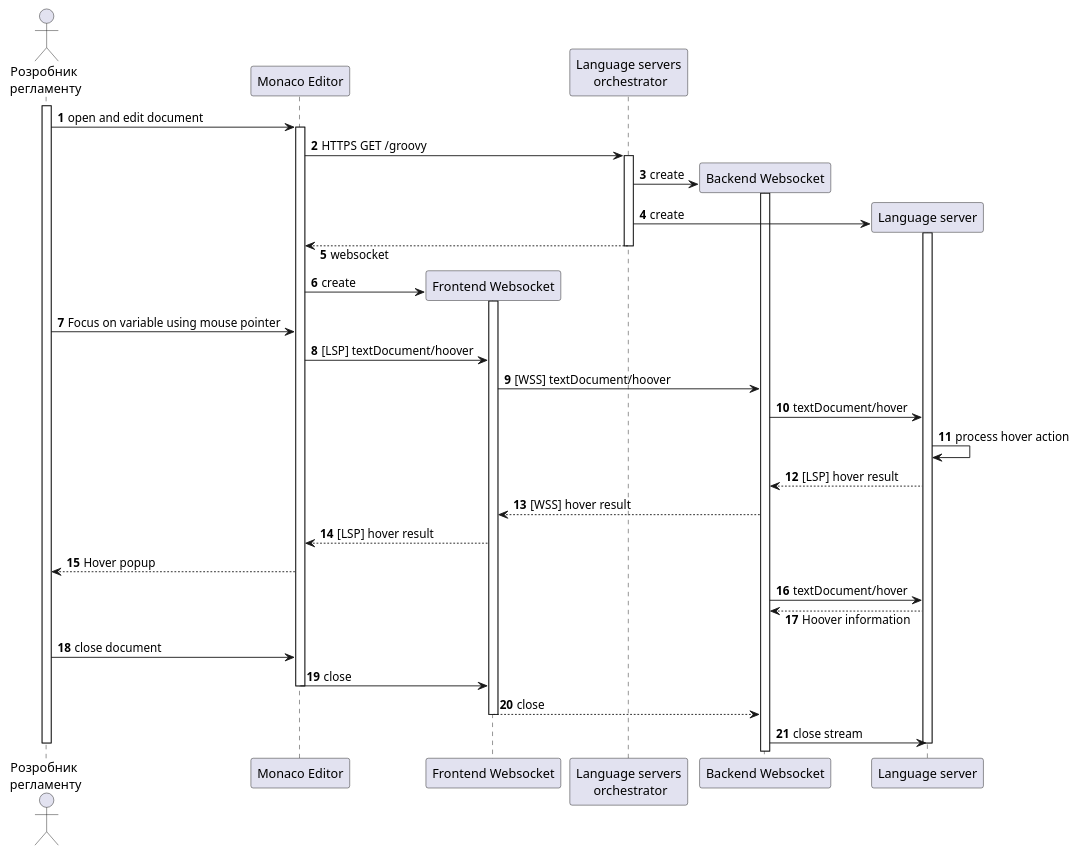
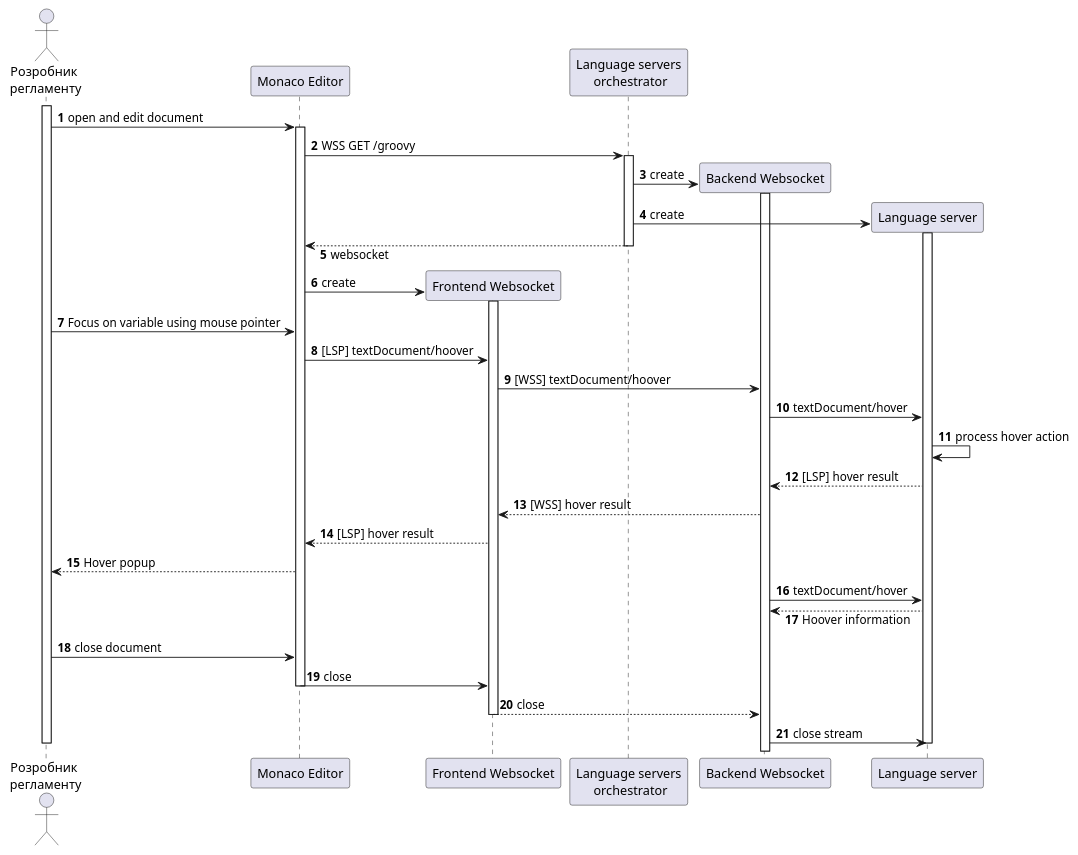
The diagram in modules/tech/partials/architecture-workspace/platform-evolution/bpmnio-groovy-editor/language-server-communication-sequence.puml (epam/edp-ddm-architecture), drawn with PlantUML before and after one commit. The commit also changed 3 other files, not shown here.

```diff
--- a/modules/tech/partials/architecture-workspace/platform-evolution/bpmnio-groovy-editor/language-server-communication-sequence.puml
+++ b/modules/tech/partials/architecture-workspace/platform-evolution/bpmnio-groovy-editor/language-server-communication-sequence.puml
@@ -1,63 +1,63 @@
 @startuml
 
 autonumber
 skinparam responseMessageBelowArrow true
 
 actor "Розробник\n регламенту" as Client
 
 participant "Monaco Editor" as Monaco
 participant "Frontend Websocket" as FEWebsocket
 participant "Language servers\n orchestrator" as ServiceOrchestrator
 participant "Backend Websocket" as BEWebsocket
 participant "Language server" as LanguageServer
 
 activate Client
 
 Client -> Monaco: open and edit document
 activate Monaco
-Monaco -> ServiceOrchestrator: HTTPS GET /groovy
+Monaco -> ServiceOrchestrator: WSS GET /groovy
 activate ServiceOrchestrator
 
 ServiceOrchestrator -> BEWebsocket ** : create
 activate BEWebsocket
 ServiceOrchestrator -> LanguageServer ** : create
 activate LanguageServer
 
 Monaco <-- ServiceOrchestrator: websocket
 deactivate ServiceOrchestrator
 
 Monaco -> FEWebsocket ** : create
 activate FEWebsocket
 
 Client -> Monaco: Focus on variable using mouse pointer
 
 Monaco -> FEWebsocket: [LSP] textDocument/hoover
 
 FEWebsocket -> BEWebsocket: [WSS] textDocument/hoover
 
 BEWebsocket -> LanguageServer: textDocument/hover
 LanguageServer -> LanguageServer: process hover action
 LanguageServer --> BEWebsocket: [LSP] hover result
 BEWebsocket --> FEWebsocket: [WSS] hover result
 FEWebsocket --> Monaco: [LSP] hover result
 
 Monaco --> Client: Hover popup
 
 BEWebsocket -> LanguageServer: textDocument/hover
 BEWebsocket <-- LanguageServer: Hoover information
 
 Client -> Monaco: close document
 
 Monaco -> FEWebsocket: close
 deactivate Monaco
 FEWebsocket --> BEWebsocket: close
 deactivate FEWebsocket
 
 BEWebsocket -> LanguageServer: close stream
 
 deactivate LanguageServer
 
 deactivate Client
 
 
 @enduml
```
